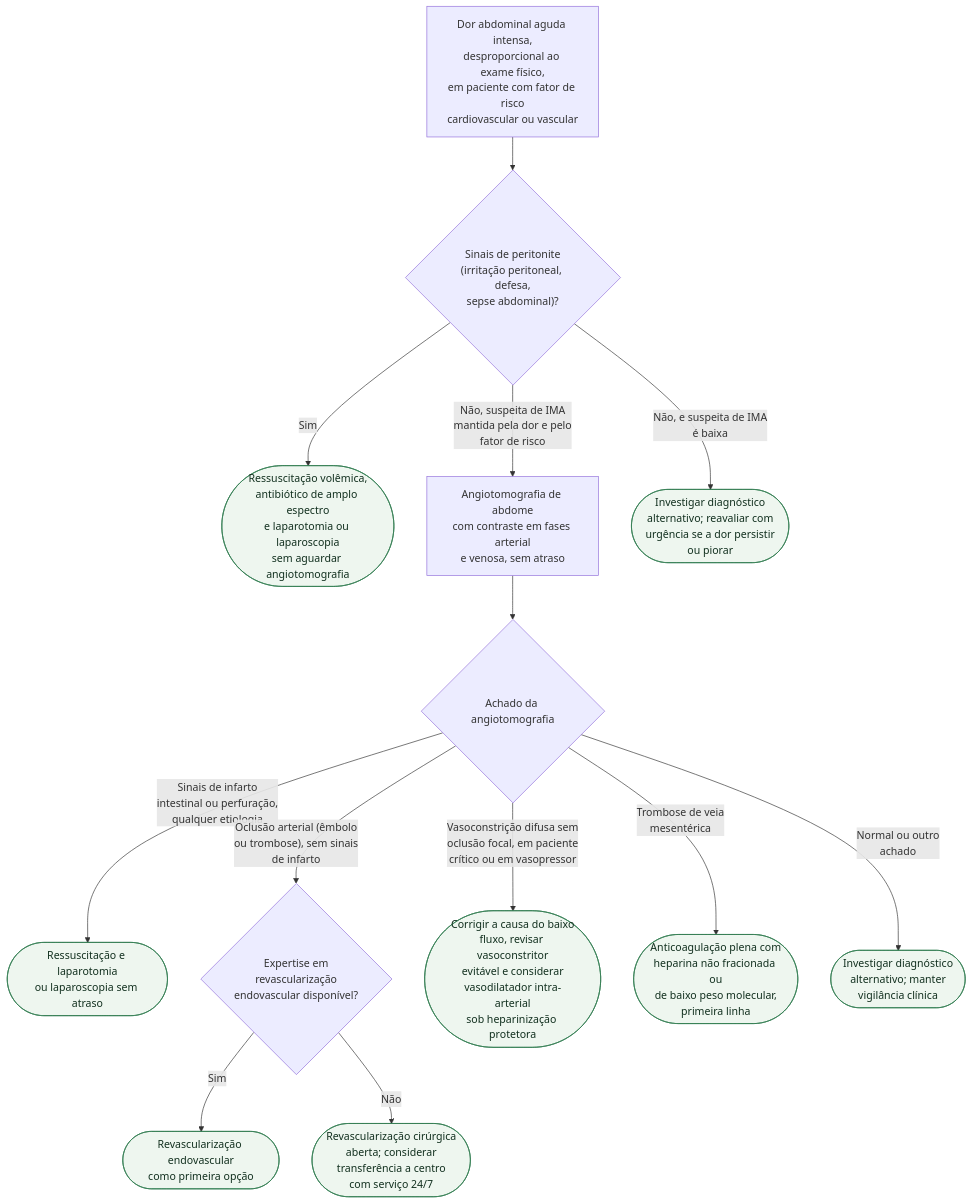
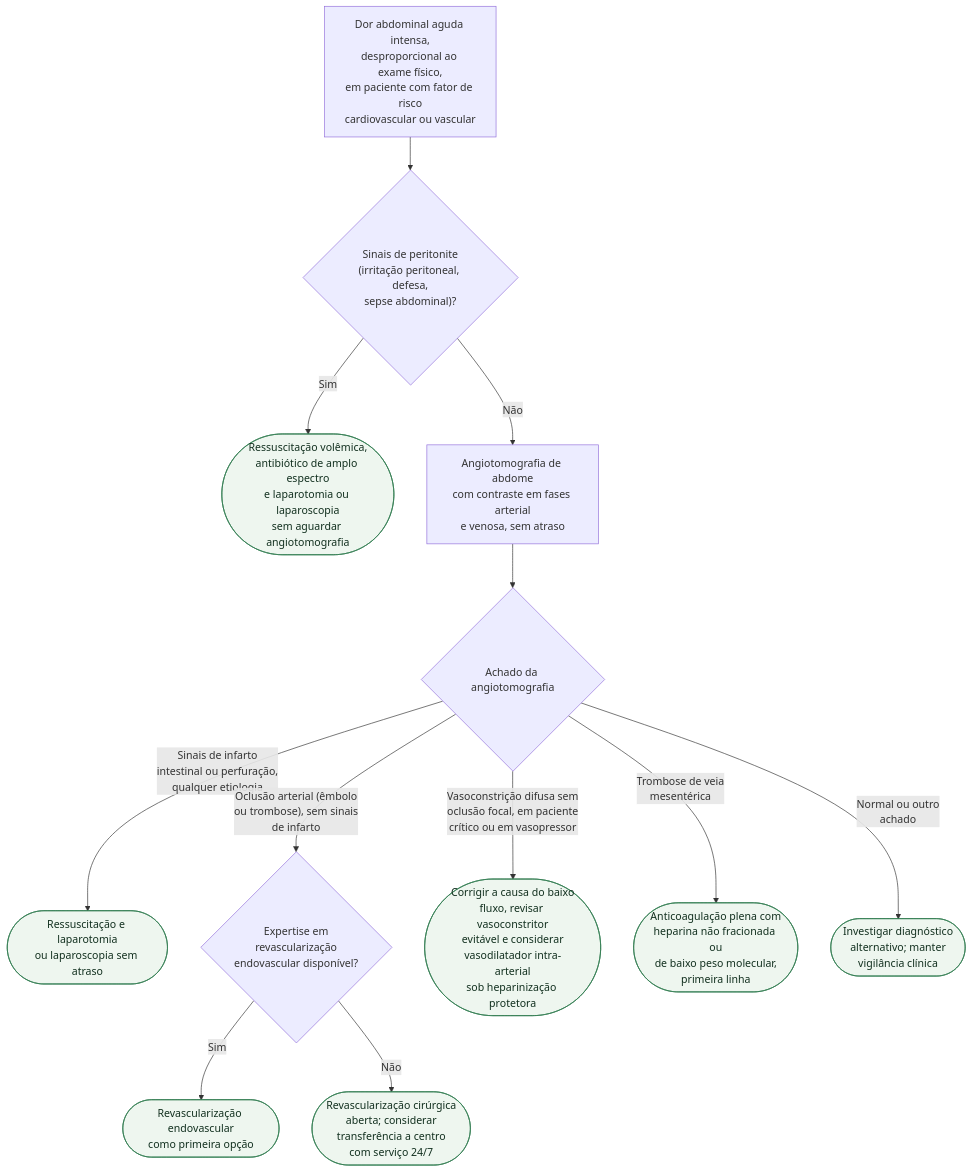
One commit to rafaelpaesmeirelles/MeuCardio changed the diagram in content/Aorta_e_doença_arterial_periférica/fluxograma-suspeita-de-isquemia-mesenterica-aguda-primeira-hora.md. Above: the diagram before and after it, drawn with Mermaid. The commit also changed other lines of this file and 23 other files, not shown here.

````diff
--- a/content/Aorta_e_doença_arterial_periférica/fluxograma-suspeita-de-isquemia-mesenterica-aguda-primeira-hora.md
+++ b/content/Aorta_e_doença_arterial_periférica/fluxograma-suspeita-de-isquemia-mesenterica-aguda-primeira-hora.md
@@ -19,29 +19,27 @@
 ```mermaid
 flowchart TD
   R0["Dor abdominal aguda intensa,<br/>desproporcional ao exame físico,<br/>em paciente com fator de risco<br/>cardiovascular ou vascular"] --> D1{"Sinais de peritonite<br/>(irritação peritoneal, defesa,<br/>sepse abdominal)?"}
 
   D1 -->|"Sim"| C1(["Ressuscitação volêmica,<br/>antibiótico de amplo espectro<br/>e laparotomia ou laparoscopia<br/>sem aguardar angiotomografia"])
 
-  D1 -->|"Não, suspeita de IMA<br/>mantida pela dor e pelo<br/>fator de risco"| P1["Angiotomografia de abdome<br/>com contraste em fases arterial<br/>e venosa, sem atraso"]
-
-  D1 -->|"Não, e suspeita de IMA<br/>é baixa"| C2(["Investigar diagnóstico<br/>alternativo; reavaliar com<br/>urgência se a dor persistir<br/>ou piorar"])
+  D1 -->|"Não"| P1["Angiotomografia de abdome<br/>com contraste em fases arterial<br/>e venosa, sem atraso"]
 
   P1 --> D2{"Achado da angiotomografia"}
 
   D2 -->|"Sinais de infarto<br/>intestinal ou perfuração,<br/>qualquer etiologia"| C3(["Ressuscitação e laparotomia<br/>ou laparoscopia sem atraso"])
 
   D2 -->|"Oclusão arterial (êmbolo<br/>ou trombose), sem sinais<br/>de infarto"| D3{"Expertise em<br/>revascularização<br/>endovascular disponível?"}
 
   D2 -->|"Vasoconstrição difusa sem<br/>oclusão focal, em paciente<br/>crítico ou em vasopressor"| C4(["Corrigir a causa do baixo<br/>fluxo, revisar vasoconstritor<br/>evitável e considerar<br/>vasodilatador intra-arterial<br/>sob heparinização protetora"])
 
   D2 -->|"Trombose de veia<br/>mesentérica"| C5(["Anticoagulação plena com<br/>heparina não fracionada ou<br/>de baixo peso molecular,<br/>primeira linha"])
 
   D2 -->|"Normal ou outro<br/>achado"| C6(["Investigar diagnóstico<br/>alternativo; manter<br/>vigilância clínica"])
 
   D3 -->|"Sim"| C7(["Revascularização endovascular<br/>como primeira opção"])
 
   D3 -->|"Não"| C8(["Revascularização cirúrgica<br/>aberta; considerar<br/>transferência a centro<br/>com serviço 24/7"])
 
   classDef conduta fill:#eef6ef,stroke:#2f7a4f,color:#12301f;
-  class C1,C2,C3,C4,C5,C6,C7,C8 conduta;
+  class C1,C3,C4,C5,C6,C7,C8 conduta;
 ```
````
